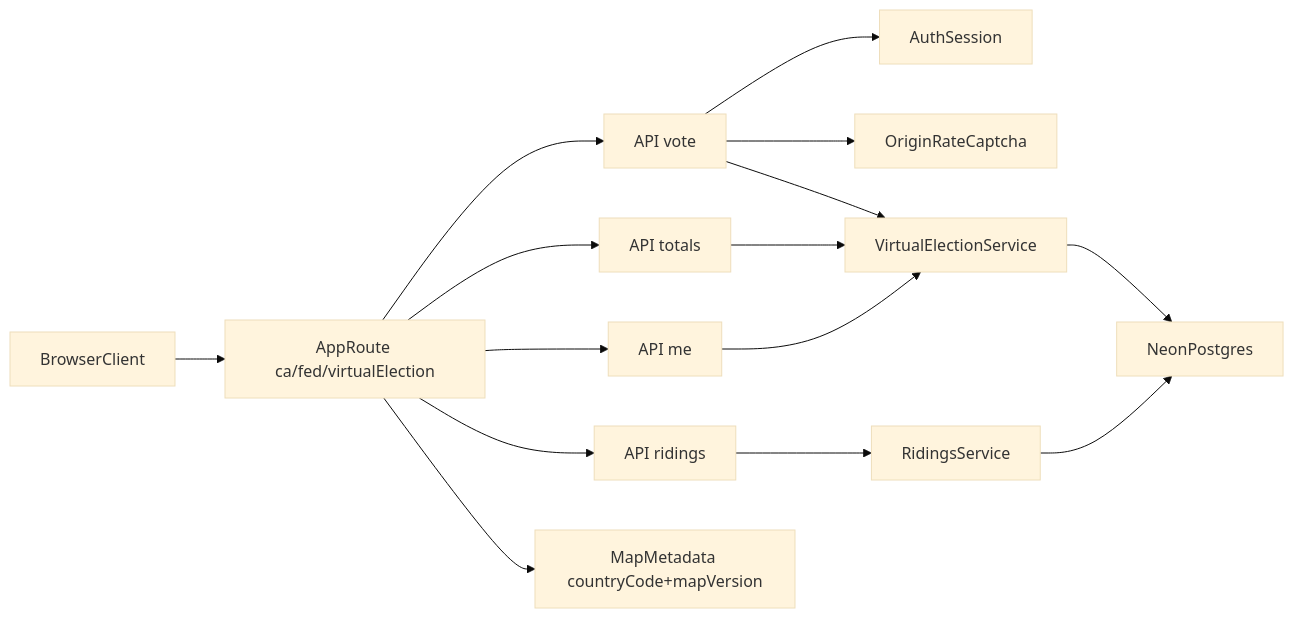
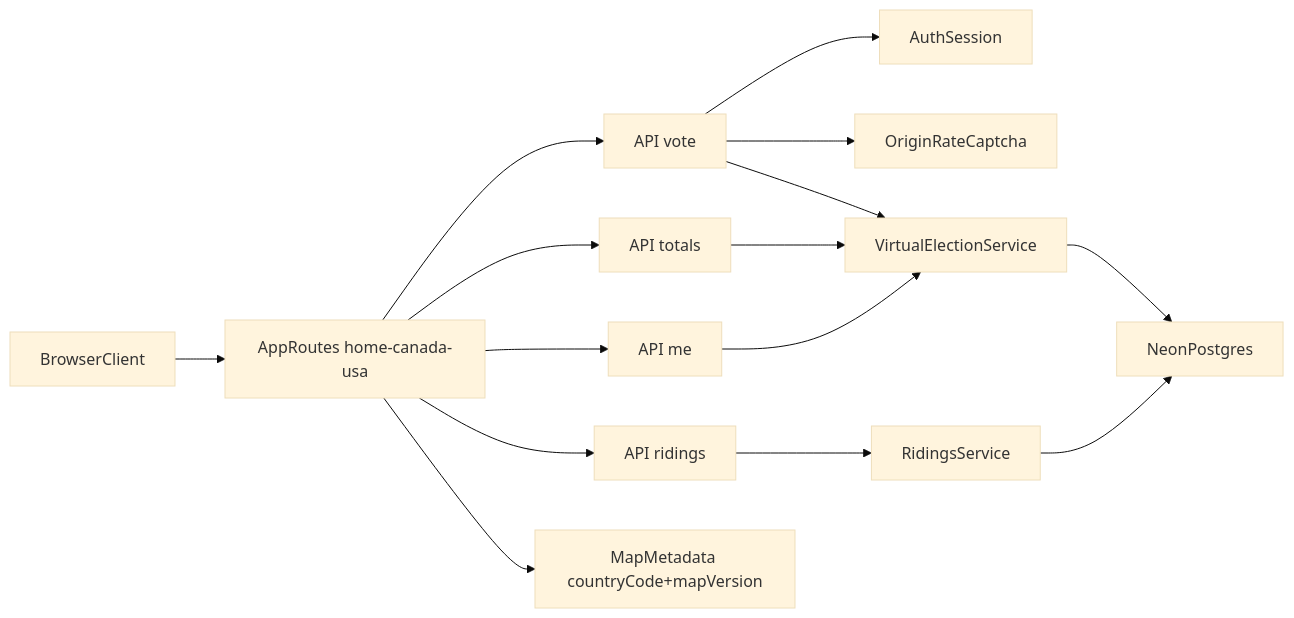
The diagram in README.md (CaulesGe/VirtualElection), drawn with Mermaid (base theme) before and after one commit. The commit also changed other lines of this file and 50 other files, not shown here.

````diff
--- a/README.md
+++ b/README.md
@@ -125,17 +125,17 @@
 ```mermaid
 flowchart LR
-  browserClient[BrowserClient] --> pageRoute[AppRoute ca/fed/virtualElection]
+  browserClient[BrowserClient] --> pageRoute[AppRoutes home-canada-usa]
   pageRoute --> apiVote[API vote]
   pageRoute --> apiTotals[API totals]
   pageRoute --> apiMe[API me]
   pageRoute --> apiRidings[API ridings]
   pageRoute --> mapMeta[MapMetadata countryCode+mapVersion]
   apiVote --> authCheck[AuthSession]
   apiVote --> abuseGuard[OriginRateCaptcha]
   apiVote --> voteService[VirtualElectionService]
   apiTotals --> voteService
   apiMe --> voteService
   apiRidings --> ridingsService[RidingsService]
   voteService --> postgresDb[NeonPostgres]
   ridingsService --> postgresDb
 ```
````
